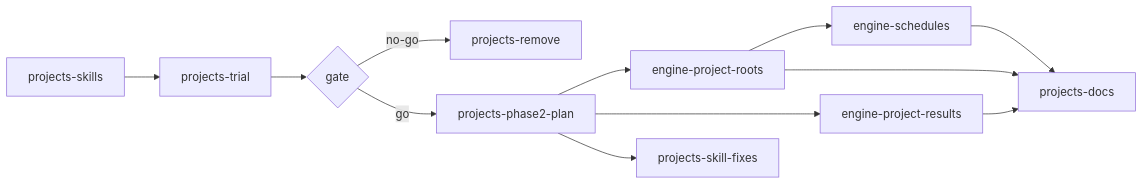
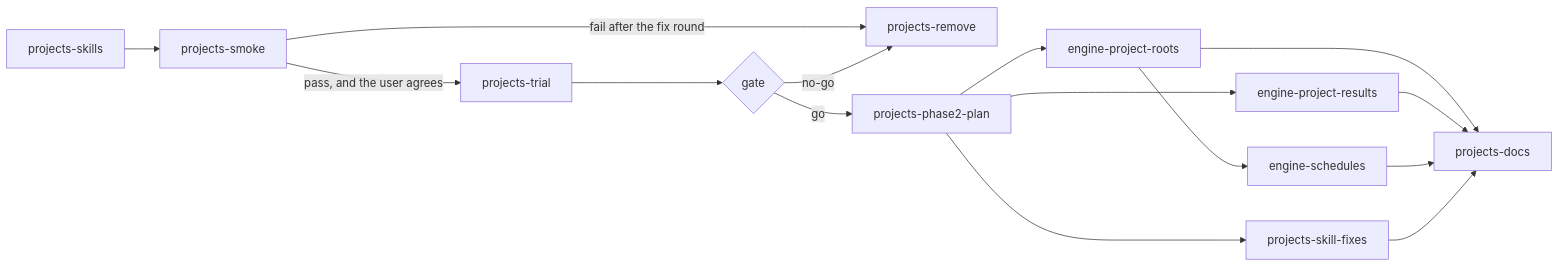
One commit to ncksol/ai_tools changed the diagram in docs/superpowers/plans/2026-11-19-wintermute-projects.md. Above: the diagram before and after it, drawn with Mermaid. The commit also changed other lines of this file and 1 other file, not shown here.

First line of the commit message:
docs: wintermute Projects design and plan with a smoke check first

````diff
--- a/docs/superpowers/plans/2026-11-19-wintermute-projects.md
+++ b/docs/superpowers/plans/2026-11-19-wintermute-projects.md
@@ -52,14 +54,17 @@
 ```mermaid
 graph LR
-  skills[projects-skills] --> trial[projects-trial]
+  skills[projects-skills] --> smoke[projects-smoke]
+  smoke -- pass, and the user agrees --> trial[projects-trial]
+  smoke -- fail after the fix round --> remove[projects-remove]
   trial --> gate{gate}
-  gate -- no-go --> remove[projects-remove]
+  gate -- no-go --> remove
   gate -- go --> plan2[projects-phase2-plan]
   plan2 --> roots[engine-project-roots]
   plan2 --> results[engine-project-results]
   plan2 --> fixes[projects-skill-fixes]
   roots --> schedules[engine-schedules]
   roots --> docs[projects-docs]
   results --> docs
   schedules --> docs
+  fixes --> docs
 ```
````
